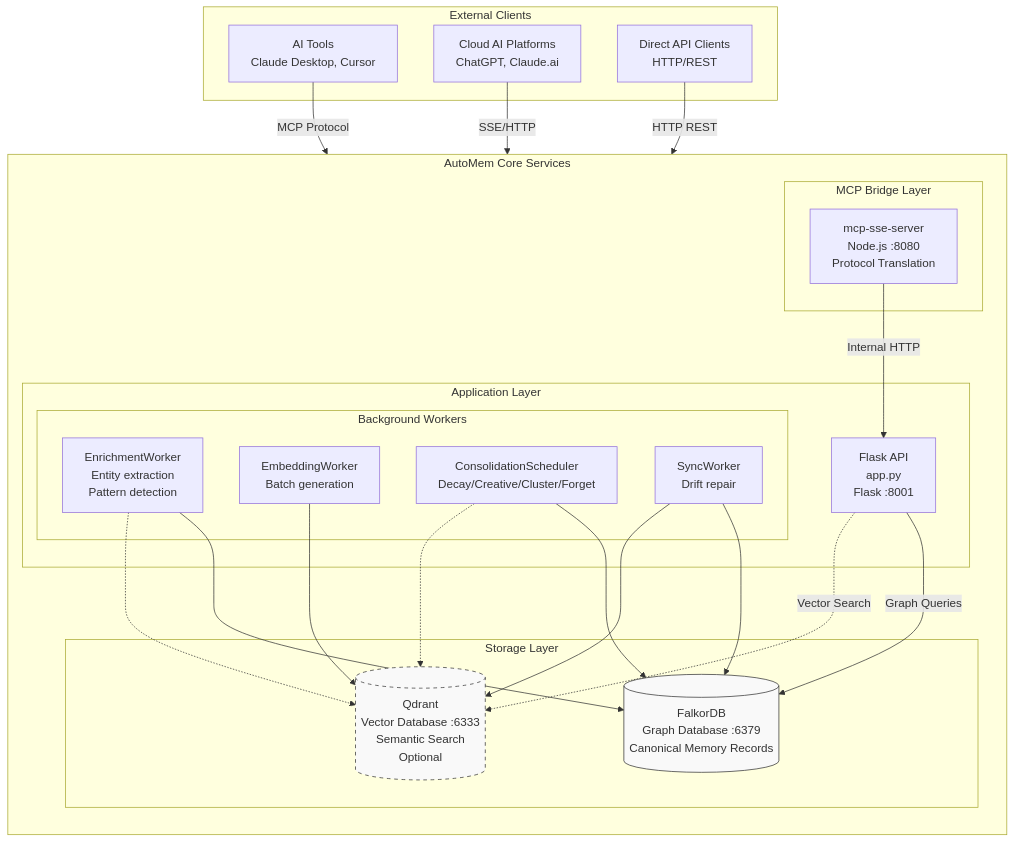
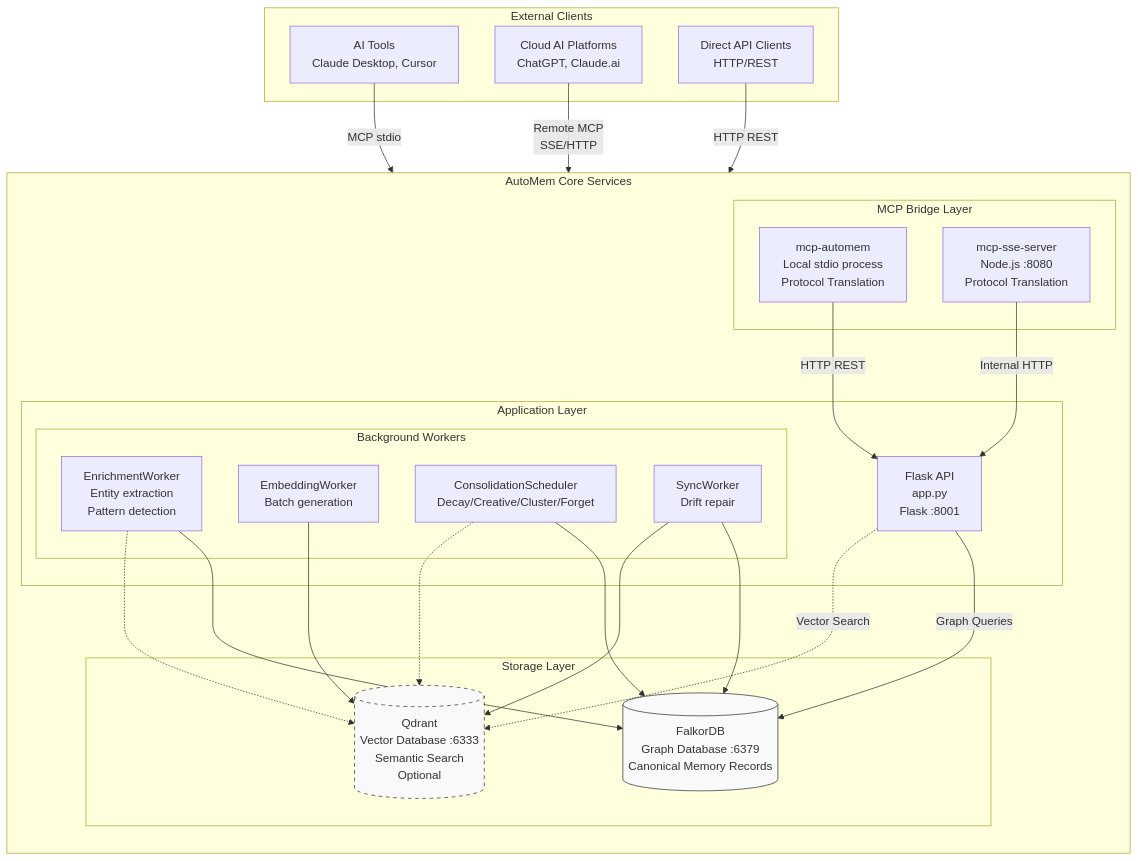
The first of 2 diagrams in src/content/docs/docs/getting-started/introduction.md (verygoodplugins/automem-website), drawn with Mermaid before and after one commit.

Commit message:
docs: show stdio MCP bridge in intro

````diff
--- a/src/content/docs/docs/getting-started/introduction.md
+++ b/src/content/docs/docs/getting-started/introduction.md
@@ -42,52 +42,54 @@
 ```mermaid
 graph TB
     subgraph clients["External Clients"]
         AITools["AI Tools<br/>Claude Desktop, Cursor"]
         CloudAI["Cloud AI Platforms<br/>ChatGPT, Claude.ai"]
         DirectAPI["Direct API Clients<br/>HTTP/REST"]
     end
 
     subgraph core["AutoMem Core Services"]
         direction TB
 
         subgraph bridge["MCP Bridge Layer"]
+            StdioBridge["mcp-automem<br/>Local stdio process<br/>Protocol Translation"]
             MCPBridge["mcp-sse-server<br/>Node.js :8080<br/>Protocol Translation"]
         end
 
         subgraph app_layer["Application Layer"]
             FlaskAPI["Flask API<br/>app.py<br/>Flask :8001"]
 
             subgraph workers["Background Workers"]
                 EnrichWorker["EnrichmentWorker<br/>Entity extraction<br/>Pattern detection"]
                 EmbedWorker["EmbeddingWorker<br/>Batch generation"]
                 ConsolWorker["ConsolidationScheduler<br/>Decay/Creative/Cluster/Forget"]
                 SyncWorker["SyncWorker<br/>Drift repair"]
             end
         end
 
         subgraph storage["Storage Layer"]
             FalkorDB[("FalkorDB<br/>Graph Database :6379<br/>Canonical Memory Records")]
             Qdrant[("Qdrant<br/>Vector Database :6333<br/>Semantic Search<br/>Optional")]
         end
     end
 
-    AITools -->|"MCP Protocol"| FlaskAPI
-    CloudAI -->|"SSE/HTTP"| MCPBridge
+    AITools -->|"MCP stdio"| StdioBridge
+    CloudAI -->|"Remote MCP<br/>SSE/HTTP"| MCPBridge
     DirectAPI -->|"HTTP REST"| FlaskAPI
 
+    StdioBridge -->|"HTTP REST"| FlaskAPI
     MCPBridge -->|"Internal HTTP"| FlaskAPI
 
     FlaskAPI -->|"Graph Queries"| FalkorDB
     FlaskAPI -.->|"Vector Search"| Qdrant
 
     EnrichWorker --> FalkorDB
     EnrichWorker -.-> Qdrant
     EmbedWorker --> Qdrant
     ConsolWorker --> FalkorDB
     ConsolWorker -.-> Qdrant
     SyncWorker --> FalkorDB
     SyncWorker --> Qdrant
 
     style FalkorDB fill:#f9f9f9,stroke:#333
     style Qdrant fill:#f9f9f9,stroke:#333,stroke-dasharray: 5 5
 ```
````
